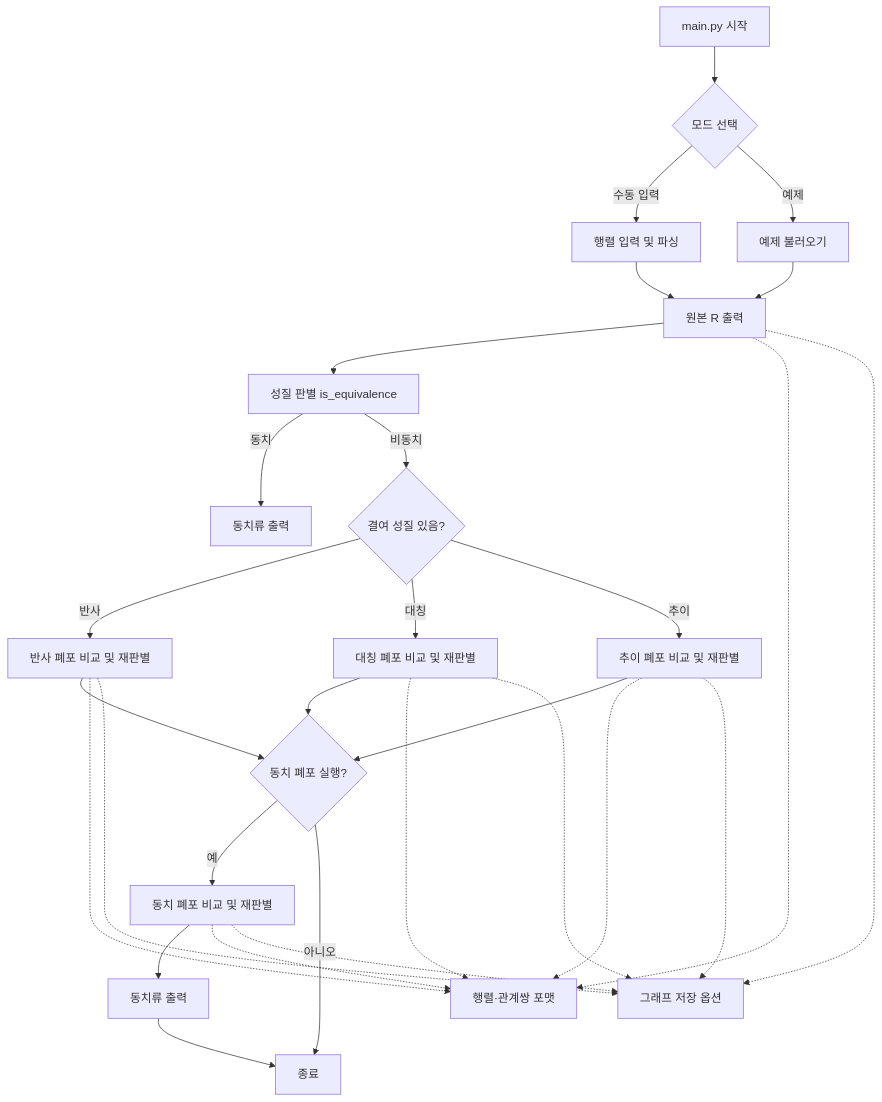
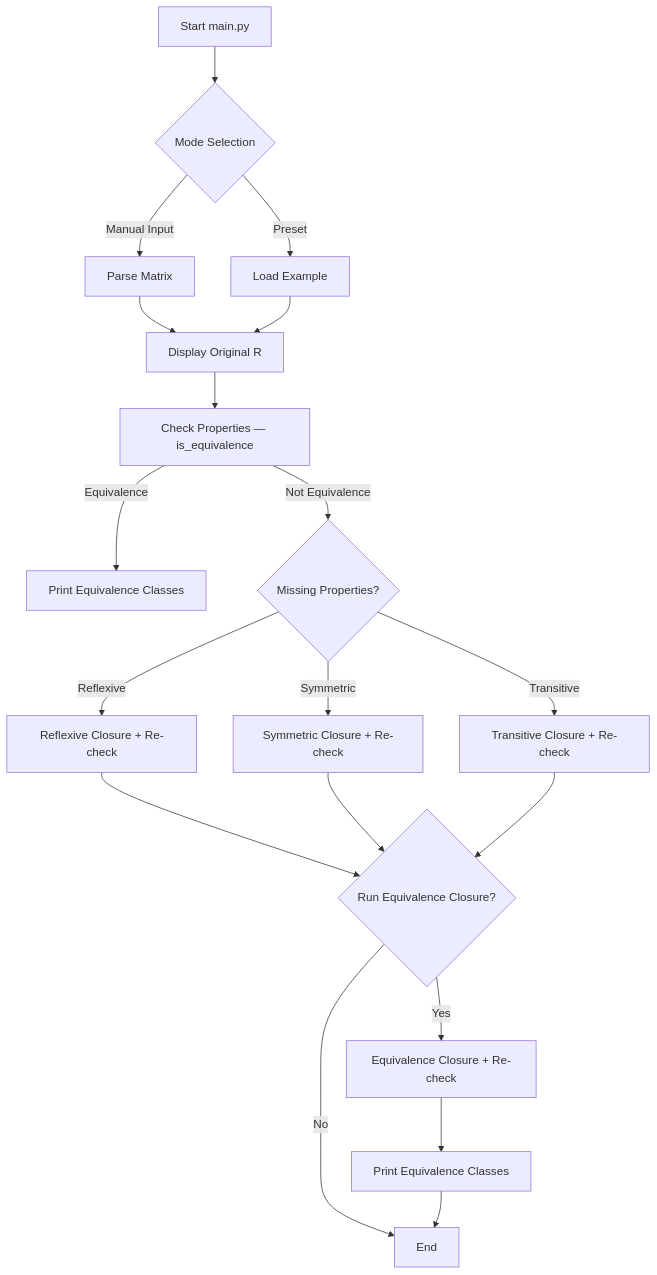
Before and after one commit to mrpc2003/Equivalence-Relationship-Discriminator: the second of 2 diagrams in README.md, drawn with Mermaid. The commit also changed other lines of this file and 1 other file, not shown here.

````diff
--- a/README.md
+++ b/README.md
@@ -87,38 +76,27 @@
 ```mermaid
 flowchart TD
-  A[main.py 시작] --> B{모드 선택};
-  B -->|수동 입력| C[행렬 입력 및 파싱];
-  B -->|예제| C2[예제 불러오기];
+  A[Start main.py] --> B{Mode Selection};
+  B -->|Manual Input| C[Parse Matrix];
+  B -->|Preset| C2[Load Example];
 
-  C --> D[원본 R 출력];
+  C --> D[Display Original R];
   C2 --> D;
 
-  D --> E[성질 판별 is_equivalence];
-  E -->|동치| F[동치류 출력];
-  E -->|비동치| G{결여 성질 있음?};
+  D --> E[Check Properties — is_equivalence];
+  E -->|Equivalence| F[Print Equivalence Classes];
+  E -->|Not Equivalence| G{Missing Properties?};
 
-  G -->|반사| H1[반사 폐포 비교 및 재판별];
-  G -->|대칭| H2[대칭 폐포 비교 및 재판별];
-  G -->|추이| H3[추이 폐포 비교 및 재판별];
+  G -->|Reflexive| H1[Reflexive Closure + Re-check];
+  G -->|Symmetric| H2[Symmetric Closure + Re-check];
+  G -->|Transitive| H3[Transitive Closure + Re-check];
 
-  H1 --> I{동치 폐포 실행?};
+  H1 --> I{Run Equivalence Closure?};
   H2 --> I;
   H3 --> I;
 
-  I -->|예| J[동치 폐포 비교 및 재판별];
-  I -->|아니오| K[종료];
+  I -->|Yes| J[Equivalence Closure + Re-check];
+  I -->|No| K[End];
 
-  J --> L[동치류 출력];
+  J --> L[Print Equivalence Classes];
   L --> K;
-
-  D -.-> M[행렬·관계쌍 포맷];
-  H1 -.-> M;
-  H2 -.-> M;
-  H3 -.-> M;
-  J -.-> M;
-  D -.-> N[그래프 저장 옵션];
-  H1 -.-> N;
-  H2 -.-> N;
-  H3 -.-> N;
-  J -.-> N;
 ```
````
